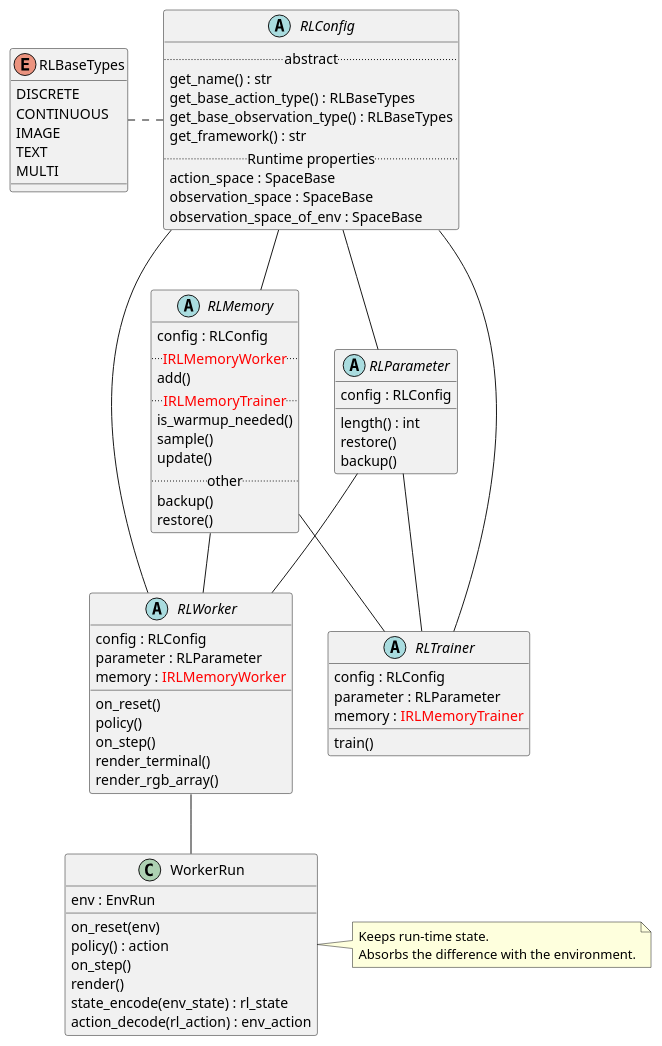
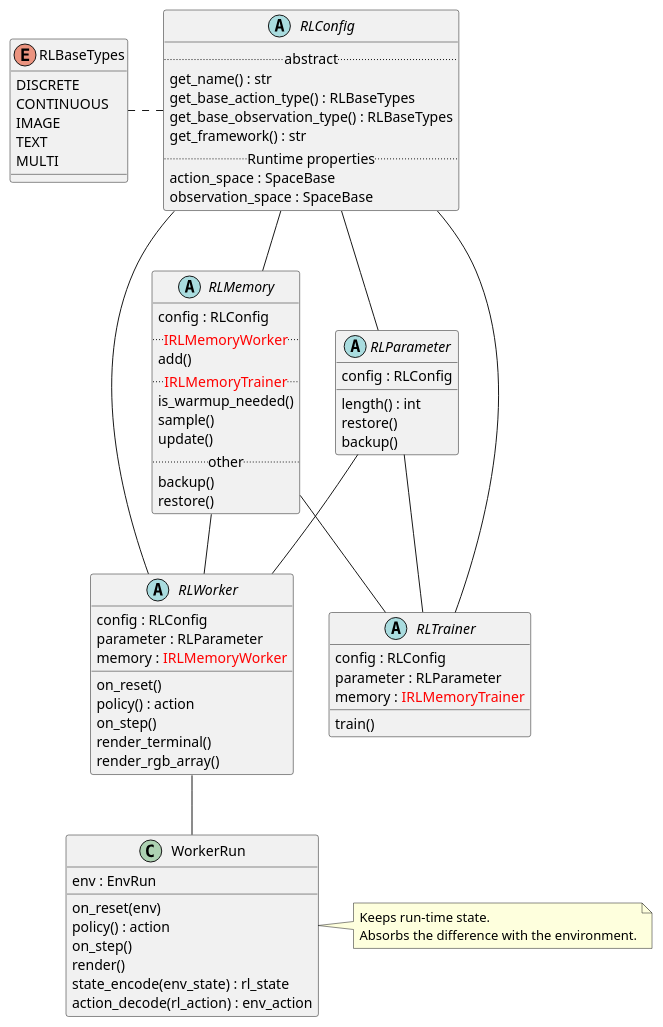
The diagram in diagrams/class_rl.pu (pocokhc/simple_distributed_rl), drawn with PlantUML before and after one commit. The commit also changed 6 other files, not shown here.

Commit message:
[diagrams] update

```diff
--- a/diagrams/class_rl.pu
+++ b/diagrams/class_rl.pu
@@ -1,91 +1,91 @@
 @startuml class_rl
 
 enum RLBaseTypes {
     DISCRETE
     CONTINUOUS
     IMAGE
     TEXT
     MULTI
 }
 
-class WorkerRun {
-    env : EnvRun
-    on_reset(env)
-    policy() : action
-    on_step()
-    render()
-    state_encode(env_state) : rl_state
-    action_decode(rl_action) : env_action
+
+abstract RLConfig {
+    .. abstract ..
+    get_name() : str
+    get_base_action_type() : RLBaseTypes
+    get_base_observation_type() : RLBaseTypes
+    get_framework() : str
+    .. Runtime properties ..
+    action_space : SpaceBase
+    observation_space : SpaceBase
 }
-note "Keeps run-time state.\nAbsorbs the difference with the environment." as WorkerRunMemo
-WorkerRun . WorkerRunMemo
 
-
-abstract RLWorker {
-    config : RLConfig
-    parameter : RLParameter
-    memory : <color red>IRLMemoryWorker</color>
-    on_reset()
-    policy()
-    on_step()
-    render_terminal()
-    render_rgb_array()
-}
-RLWorker -- WorkerRun
-
-
-abstract RLTrainer {
-    config : RLConfig
-    parameter : RLParameter
-    memory : <color red>IRLMemoryTrainer</color>
-    train()
-}
 
 abstract RLMemory {
     config : RLConfig
     .. <color red>IRLMemoryWorker</color> ..
     add()
     .. <color red>IRLMemoryTrainer</color> ..
     is_warmup_needed()
     sample()
     update()
     .. other ..
     backup()
     restore()
 }
 
 
 abstract RLParameter {
     config : RLConfig
     length() : int
     restore()
     backup()
 }
 
 
-abstract RLConfig {
-    .. abstract ..
-    get_name() : str
-    get_base_action_type() : RLBaseTypes
-    get_base_observation_type() : RLBaseTypes
-    get_framework() : str
-    .. Runtime properties ..
-    action_space : SpaceBase
-    observation_space : SpaceBase
-    observation_space_of_env : SpaceBase
+abstract RLTrainer {
+    config : RLConfig
+    parameter : RLParameter
+    memory : <color red>IRLMemoryTrainer</color>
+    train()
 }
 
+
+abstract RLWorker {
+    config : RLConfig
+    parameter : RLParameter
+    memory : <color red>IRLMemoryWorker</color>
+    on_reset()
+    policy() : action
+    on_step()
+    render_terminal()
+    render_rgb_array()
+}
+RLWorker -- WorkerRun
+
+
+class WorkerRun {
+    env : EnvRun
+    on_reset(env)
+    policy() : action
+    on_step()
+    render()
+    state_encode(env_state) : rl_state
+    action_decode(rl_action) : env_action
+}
+note "Keeps run-time state.\nAbsorbs the difference with the environment." as WorkerRunMemo
+WorkerRun . WorkerRunMemo
 
 RLBaseTypes . RLConfig
 
 RLConfig --- RLWorker
 RLConfig --- RLTrainer
 RLConfig -- RLParameter
 RLConfig -- RLMemory
 
 RLParameter -- RLWorker
 RLParameter -- RLTrainer
 RLMemory -- RLWorker
 RLMemory -- RLTrainer
 
 @enduml
```
